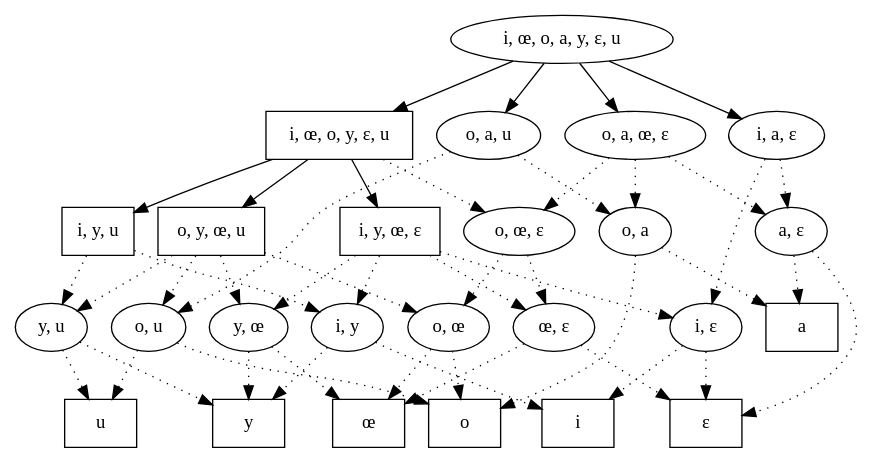
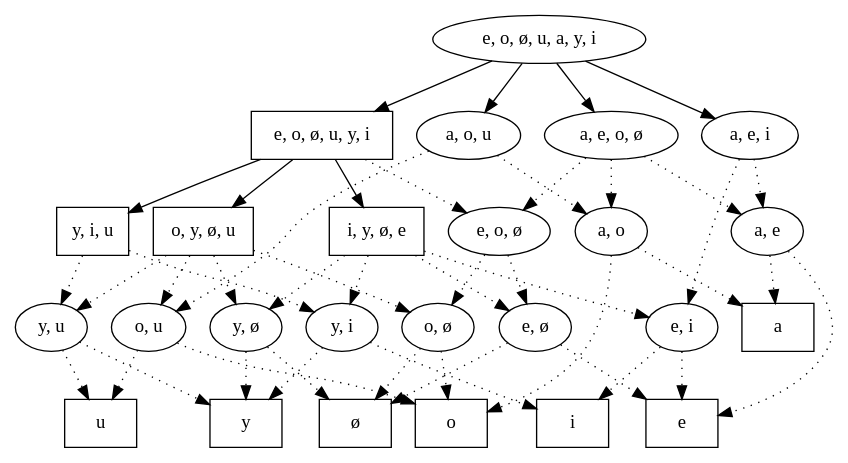
The diagram in Featurizer/poset_output/paper_vowels_full.gv (rdaland/Pheatures), drawn with Graphviz before and after one commit. The commit also changed 72 other files, not shown here.

```diff
--- a/Featurizer/poset_output/paper_vowels_full.gv
+++ b/Featurizer/poset_output/paper_vowels_full.gv
@@ -1,73 +1,73 @@
 // None
 digraph {
-	0 [label="i, œ, o, a, y, ɛ, u"]
-	1 [label="i, œ, o, y, ɛ, u",shape=box]
-	2 [label="i, y, œ, ɛ",shape=box]
-	3 [label="o, y, œ, u",shape=box]
-	4 [label="i, y, u",shape=box]
+	0 [label="e, o, ø, u, a, y, i"]
+	1 [label="e, o, ø, u, y, i",shape=box]
+	2 [label="i, y, ø, e",shape=box]
+	3 [label="o, y, ø, u",shape=box]
+	4 [label="y, i, u",shape=box]
 	5 [label="i",shape=box]
 	6 [label="y",shape=box]
 	7 [label="u",shape=box]
-	8 [label="ɛ",shape=box]
-	9 [label="œ",shape=box]
+	8 [label="e",shape=box]
+	9 [label="ø",shape=box]
 	10 [label="o",shape=box]
 	11 [label="a",shape=box]
-	12 [label="y, œ"]
-	13 [label="i, y"]
+	12 [label="y, ø"]
+	13 [label="y, i"]
 	14 [label="y, u"]
-	15 [label="o, a, u"]
-	16 [label="i, a, ɛ"]
-	17 [label="o, a, œ, ɛ"]
+	15 [label="a, o, u"]
+	16 [label="a, e, i"]
+	17 [label="a, e, o, ø"]
 	18 [label="o, u"]
-	19 [label="i, ɛ"]
-	20 [label="o, œ, ɛ"]
-	21 [label="œ, ɛ"]
-	22 [label="o, œ"]
-	23 [label="o, a"]
-	24 [label="a, ɛ"]
+	19 [label="e, i"]
+	20 [label="e, o, ø"]
+	21 [label="e, ø"]
+	22 [label="o, ø"]
+	23 [label="a, o"]
+	24 [label="a, e"]
 	0 -> 1 []
 	0 -> 15 []
 	0 -> 16 []
 	0 -> 17 []
 	1 -> 2 []
 	1 -> 3 []
 	1 -> 4 []
 	1 -> 20 [style=dotted]
 	2 -> 12 [style=dotted]
 	2 -> 13 [style=dotted]
 	2 -> 19 [style=dotted]
 	2 -> 21 [style=dotted]
 	3 -> 12 [style=dotted]
 	3 -> 14 [style=dotted]
 	3 -> 18 [style=dotted]
 	3 -> 22 [style=dotted]
 	4 -> 13 [style=dotted]
 	4 -> 14 [style=dotted]
 	12 -> 6 [style=dotted]
 	12 -> 9 [style=dotted]
 	13 -> 5 [style=dotted]
 	13 -> 6 [style=dotted]
 	14 -> 6 [style=dotted]
 	14 -> 7 [style=dotted]
 	15 -> 18 [style=dotted]
 	15 -> 23 [style=dotted]
 	16 -> 19 [style=dotted]
 	16 -> 24 [style=dotted]
 	17 -> 20 [style=dotted]
 	17 -> 23 [style=dotted]
 	17 -> 24 [style=dotted]
 	18 -> 7 [style=dotted]
 	18 -> 10 [style=dotted]
 	19 -> 5 [style=dotted]
 	19 -> 8 [style=dotted]
 	20 -> 21 [style=dotted]
 	20 -> 22 [style=dotted]
 	21 -> 8 [style=dotted]
 	21 -> 9 [style=dotted]
 	22 -> 9 [style=dotted]
 	22 -> 10 [style=dotted]
 	23 -> 10 [style=dotted]
 	23 -> 11 [style=dotted]
 	24 -> 8 [style=dotted]
 	24 -> 11 [style=dotted]
 }
```
